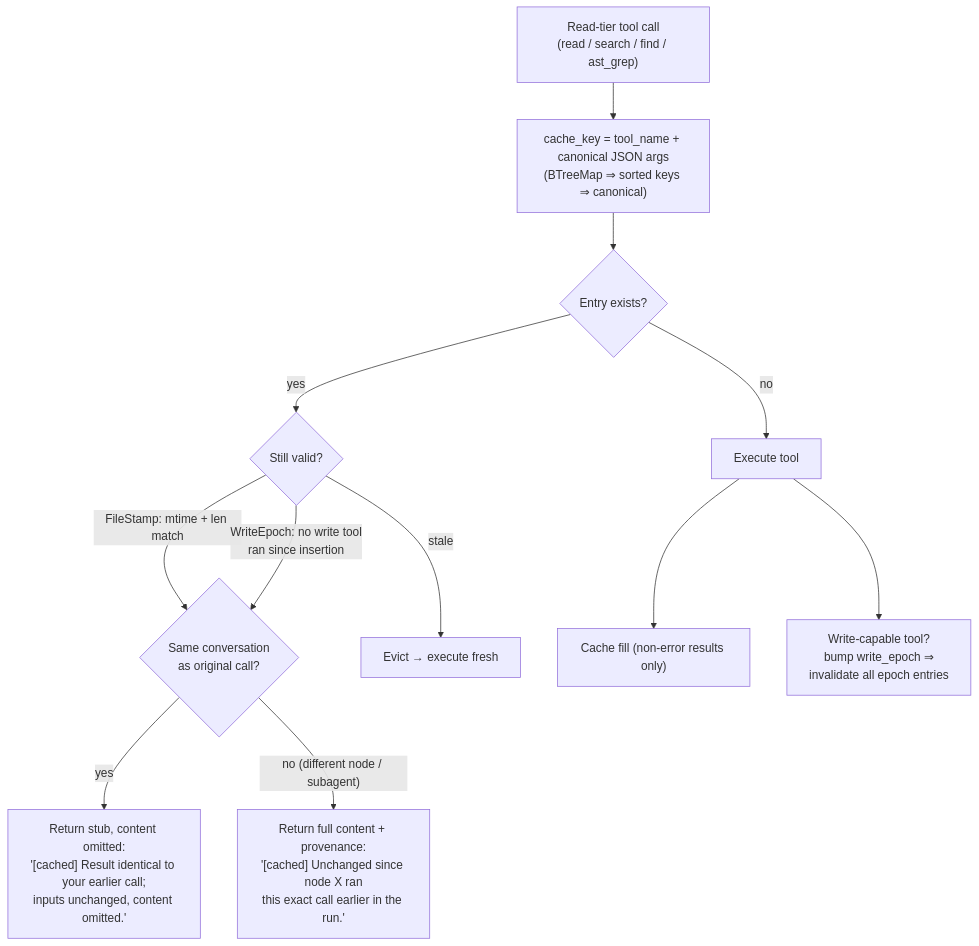
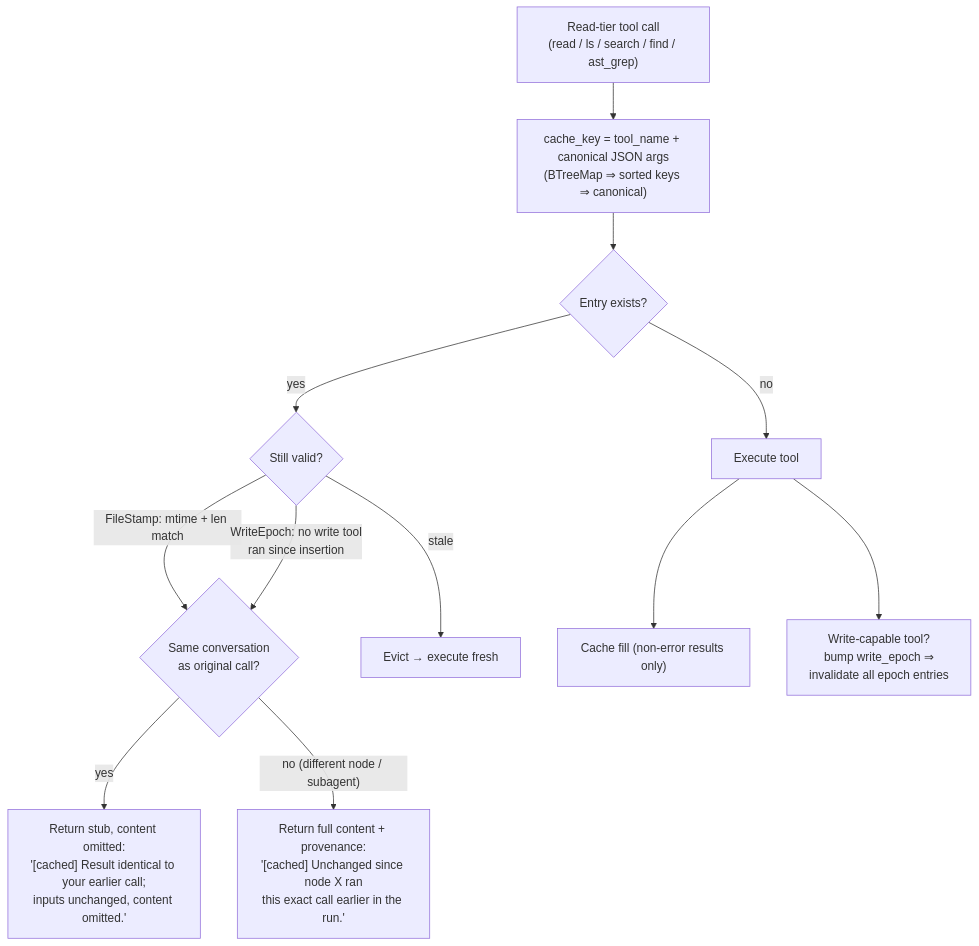
One commit to philbotar/OpenFlow changed the sixth of 8 diagrams in docs/architecture/technical-overview.md. Above: the diagram before and after it, drawn with Mermaid. The commit also changed 73 other files, not shown here.

````diff
--- a/docs/architecture/technical-overview.md
+++ b/docs/architecture/technical-overview.md
@@ -209,18 +209,18 @@
 ```mermaid
 flowchart TD
-    Call["Read-tier tool call<br/>(read / search / find / ast_grep)"] --> Key["cache_key = tool_name + canonical JSON args<br/>(BTreeMap ⇒ sorted keys ⇒ canonical)"]
+    Call["Read-tier tool call<br/>(read / ls / search / find / ast_grep)"] --> Key["cache_key = tool_name + canonical JSON args<br/>(BTreeMap ⇒ sorted keys ⇒ canonical)"]
     Key --> Hit{Entry exists?}
     Hit -->|no| Exec["Execute tool"]
     Hit -->|yes| Valid{Still valid?}
 
     Valid -->|"FileStamp: mtime + len match"| Conv
     Valid -->|"WriteEpoch: no write tool<br/>ran since insertion"| Conv
     Valid -->|stale| Evict["Evict → execute fresh"]
 
     Conv{Same conversation<br/>as original call?}
     Conv -->|yes| Stub["Return stub, content omitted:<br/>'[cached] Result identical to your earlier call;<br/>inputs unchanged, content omitted.'"]
     Conv -->|"no (different node / subagent)"| Prov["Return full content + provenance:<br/>'[cached] Unchanged since node X ran<br/>this exact call earlier in the run.'"]
 
     Exec --> Fill["Cache fill (non-error results only)"]
     Exec --> Bump["Write-capable tool?<br/>bump write_epoch ⇒<br/>invalidate all epoch entries"]
 ```
````
